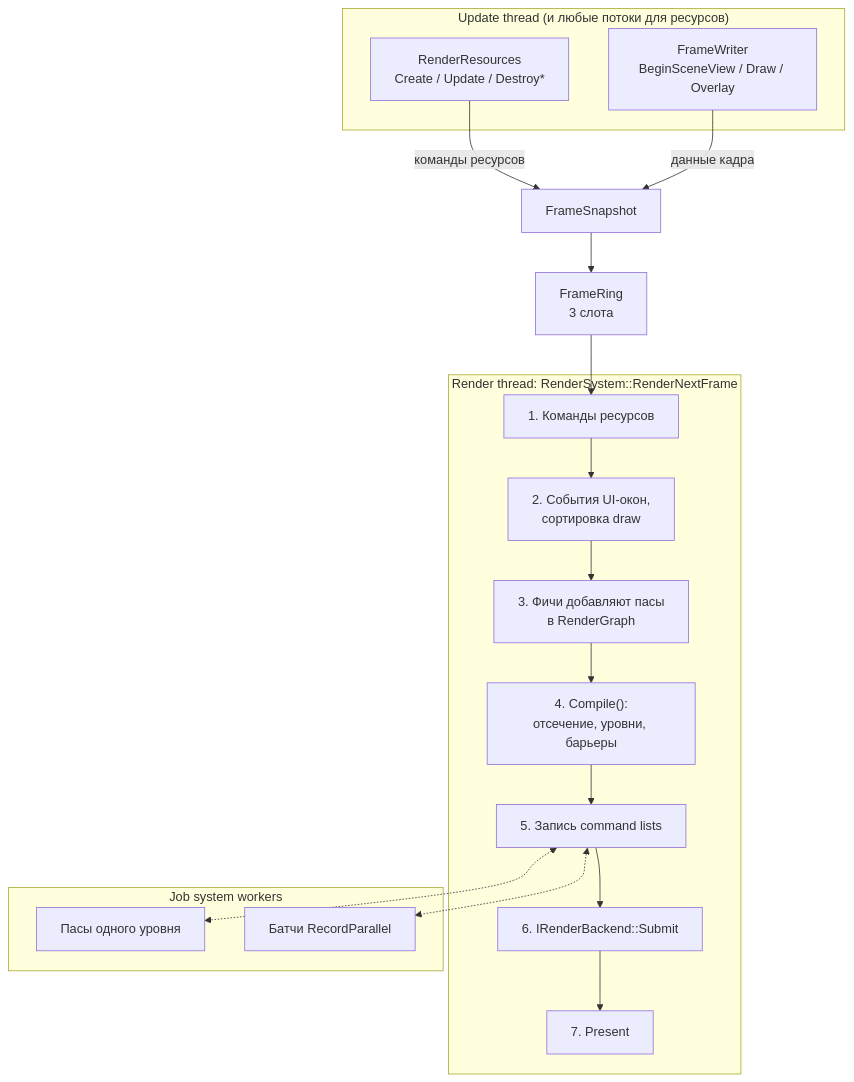
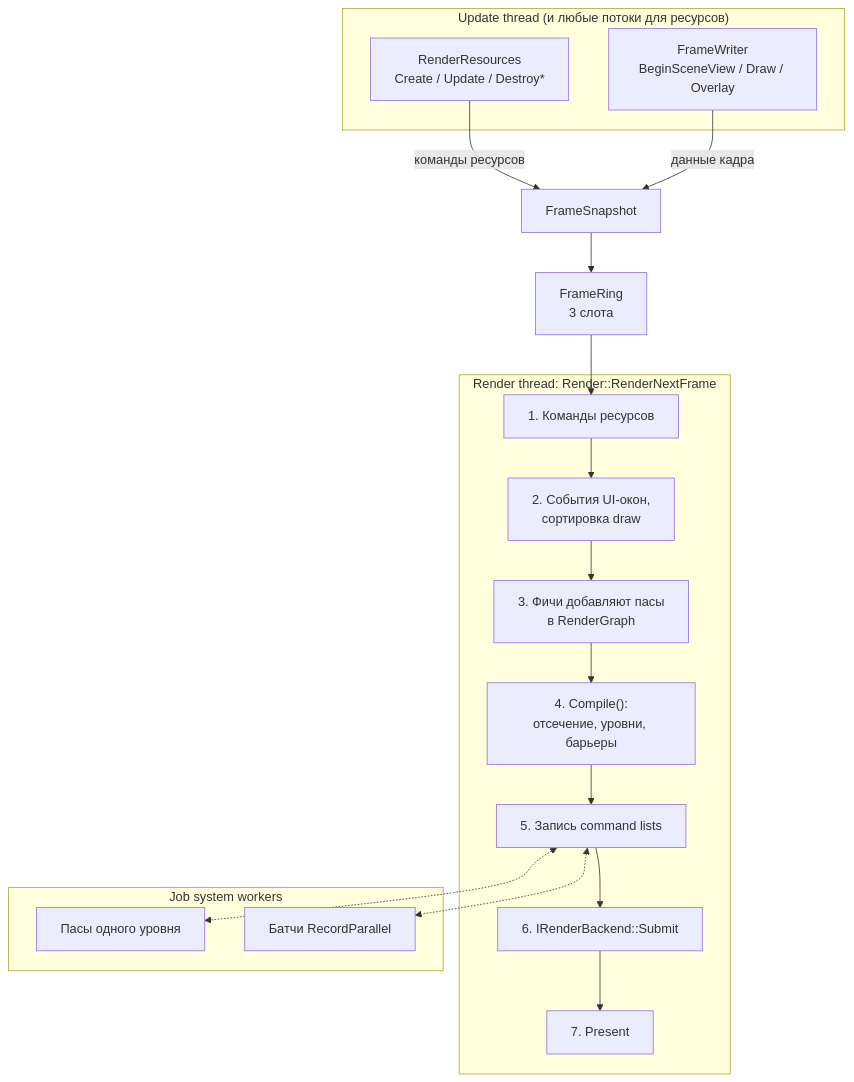
Before and after one commit to Remzi13/elm: the diagram in docs/render/Архитектура рендера.md, drawn with Mermaid. The commit also changed other lines of this file and 42 other files, not shown here.

First line of the commit message:
rename render, culling and debug drawing parts without the System suffix

````diff
--- a/docs/render/Архитектура рендера.md
+++ b/docs/render/Архитектура рендера.md
@@ -11,30 +11,30 @@
 ```mermaid
 flowchart TB
     subgraph U["Update thread (и любые потоки для ресурсов)"]
         RR["RenderResources<br/>Create / Update / Destroy*"]
         FW["FrameWriter<br/>BeginSceneView / Draw / Overlay"]
     end
 
     RR -- "команды ресурсов" --> FS
     FW -- "данные кадра" --> FS
     FS["FrameSnapshot"] --> FR["FrameRing<br/>3 слота"]
 
-    subgraph R["Render thread: RenderSystem::RenderNextFrame"]
+    subgraph R["Render thread: Render::RenderNextFrame"]
         S1["1. Команды ресурсов"] --> S2["2. События UI-окон,<br/>сортировка draw"]
         S2 --> S3["3. Фичи добавляют пасы<br/>в RenderGraph"]
         S3 --> S4["4. Compile():<br/>отсечение, уровни, барьеры"]
         S4 --> S5["5. Запись command lists"]
         S5 --> S6["6. IRenderBackend::Submit"]
         S6 --> S7["7. Present"]
     end
 
     FR --> S1
 
     subgraph W["Job system workers"]
         W1["Пасы одного уровня"]
         W2["Батчи RecordParallel"]
     end
 
     S5 <-.-> W1
     S5 <-.-> W2
 ```
````
